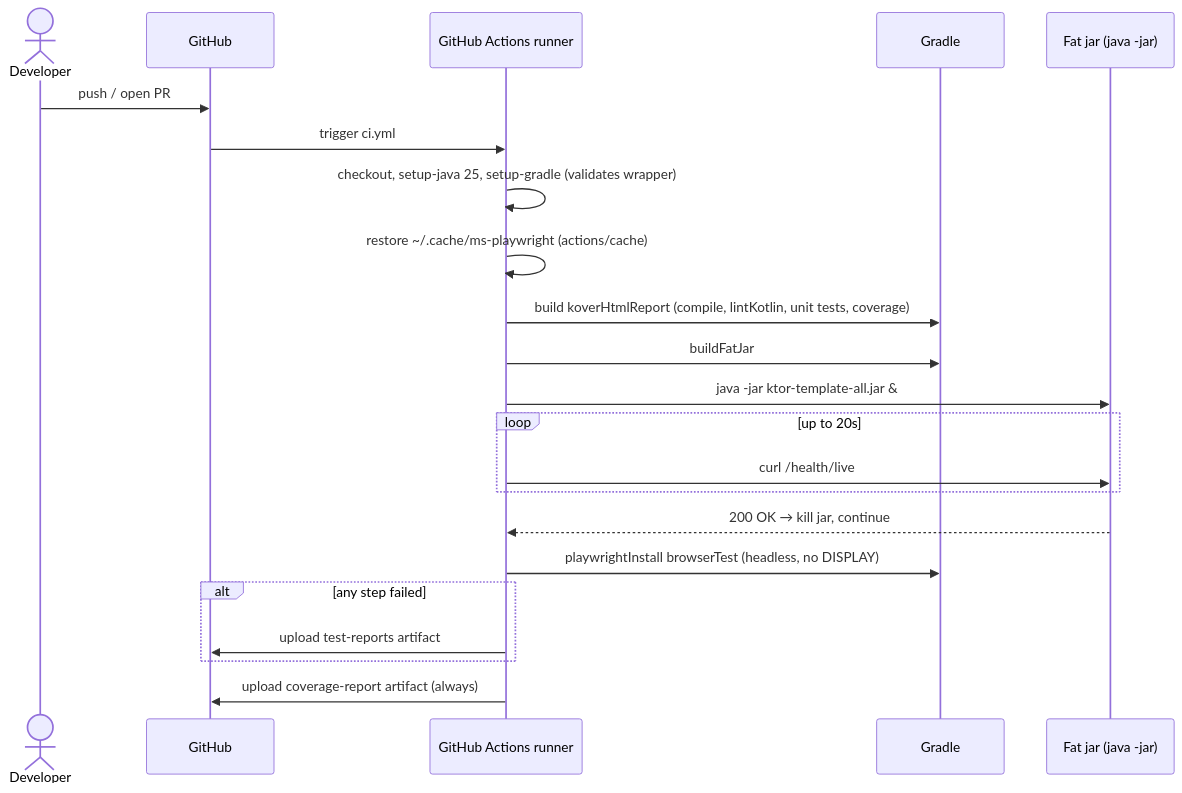
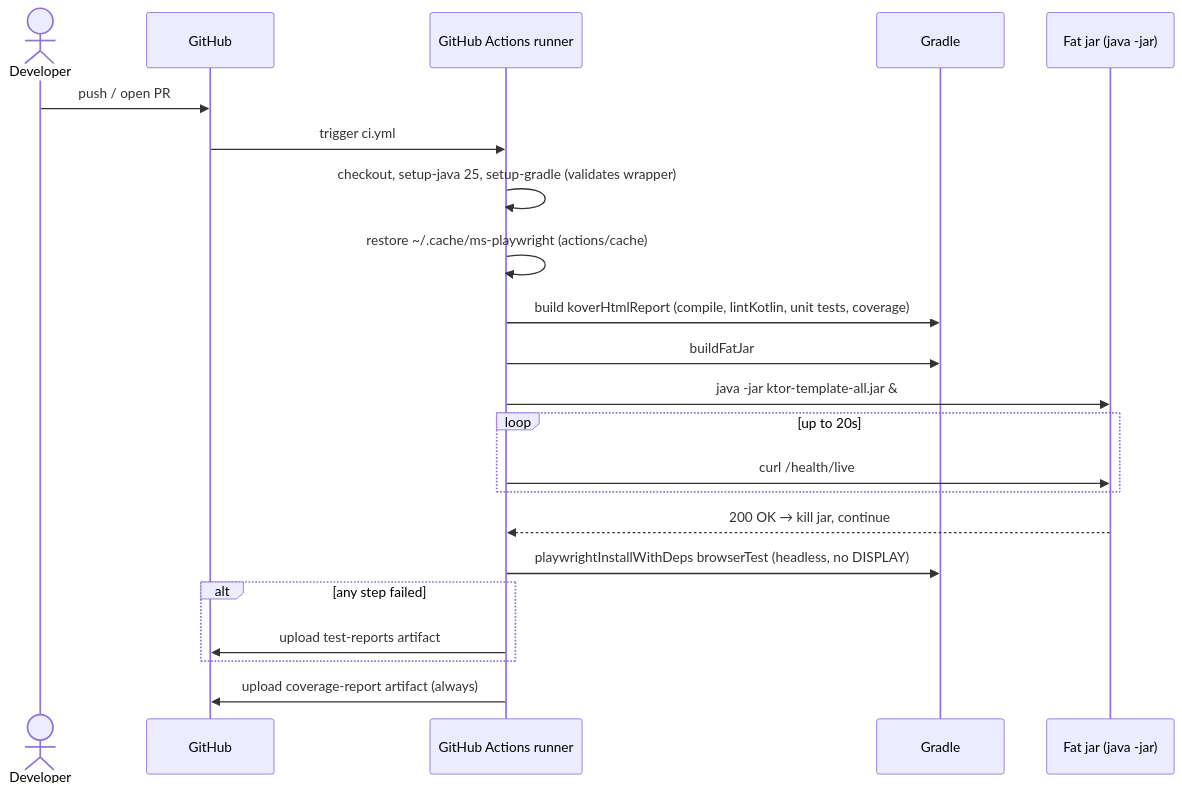
Before and after one commit to Mariyo/ktor-template: the seventh of 8 diagrams in ARCHITECTURE.md, drawn with Mermaid. The commit also changed other lines of this file and 16 other files, not shown here.

````diff
--- a/ARCHITECTURE.md
+++ b/ARCHITECTURE.md
@@ -224,25 +227,25 @@
 ```mermaid
 sequenceDiagram
     actor Dev as Developer
     participant GH as GitHub
     participant CI as GitHub Actions runner
     participant Gradle
     participant Jar as Fat jar (java -jar)
 
     Dev->>GH: push / open PR
     GH->>CI: trigger ci.yml
     CI->>CI: checkout, setup-java 25, setup-gradle (validates wrapper)
     CI->>CI: restore ~/.cache/ms-playwright (actions/cache)
     CI->>Gradle: build koverHtmlReport (compile, lintKotlin, unit tests, coverage)
     CI->>Gradle: buildFatJar
     CI->>Jar: java -jar ktor-template-all.jar &
     loop up to 20s
         CI->>Jar: curl /health/live
     end
     Jar-->>CI: 200 OK → kill jar, continue
-    CI->>Gradle: playwrightInstall browserTest (headless, no DISPLAY)
+    CI->>Gradle: playwrightInstallWithDeps browserTest (headless, no DISPLAY)
     alt any step failed
         CI->>GH: upload test-reports artifact
     end
     CI->>GH: upload coverage-report artifact (always)
 ```
````
